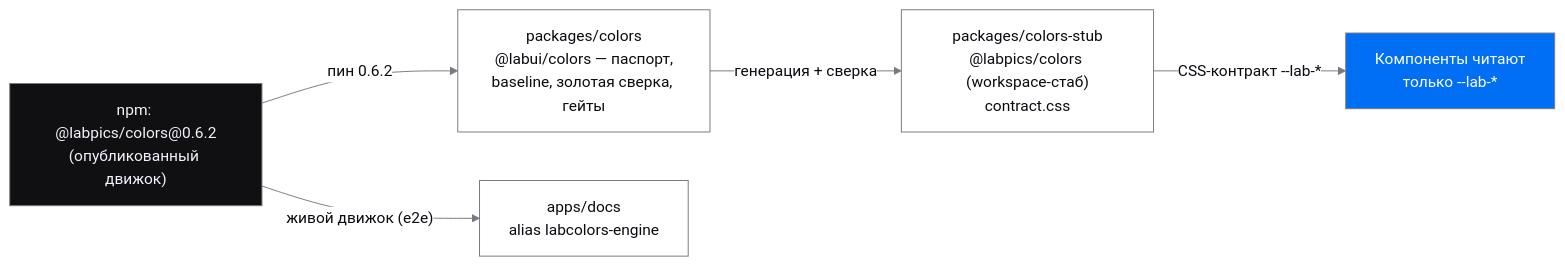
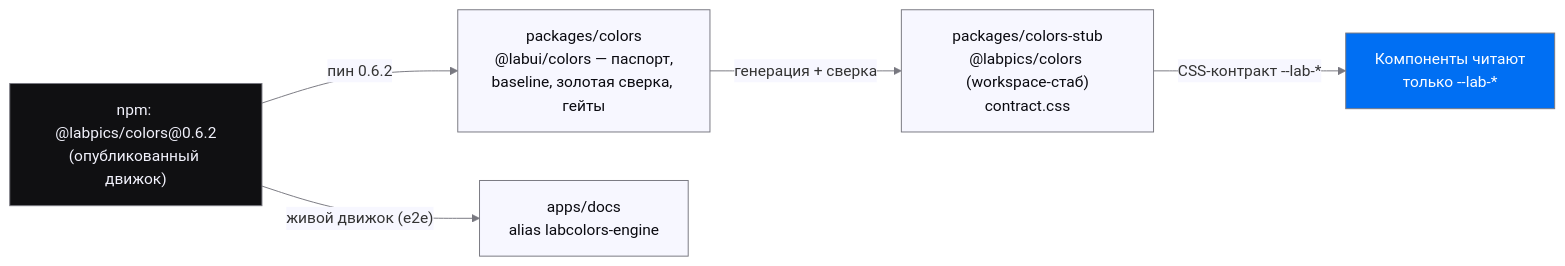
Before and after one commit to Labpics-Team/labui: the second of 2 diagrams in README.md, drawn with Mermaid. The commit also changed other lines of this file, not shown here.

Commit message:
docs(readme): привести mermaid-схемы к канону README-волны (init, classDef node #F7F7FF, edgeLabelBackground #F7F7FF)

````diff
--- a/README.md
+++ b/README.md
@@ -101,23 +103,25 @@
 ```mermaid
-%%{init: {"theme":"base","themeVariables":{
-  "primaryColor":"#FFFFFF","primaryTextColor":"#0A0A10","primaryBorderColor":"#787880",
-  "lineColor":"#787880","textColor":"#787880",
-  "clusterBkg":"transparent","clusterBorder":"#787880",
-  "edgeLabelBackground":"#FFFFFF"}}}%%
+%%{init: {'theme':'base','themeVariables':{
+  'lineColor':'#787880','textColor':'#0A0A10',
+  'edgeLabelBackground':'#F7F7FF',
+  'clusterBkg':'transparent','clusterBorder':'#787880'
+}}}%%
 flowchart LR
   npm["npm: @labpics/colors@0.6.2<br/>(опубликованный движок)"]
   labui["packages/colors<br/>@labui/colors — паспорт,<br/>baseline, золотая сверка, гейты"]
   stub["packages/colors-stub<br/>@labpics/colors (workspace-стаб)<br/>contract.css"]
   docs["apps/docs<br/>alias labcolors-engine"]
   comp["Компоненты читают<br/>только --lab-*"]
 
   npm -- "пин 0.6.2" --> labui
   labui -- "генерация + сверка" --> stub
   stub -- "CSS-контракт --lab-*" --> comp
   npm -- "живой движок (e2e)" --> docs
 
-  classDef tool fill:#101012,stroke:#787880,color:#F2F2FC
-  class npm tool
-  classDef brand fill:#006FF3,stroke:#787880,color:#FCFDFF
-  class comp brand
+  classDef node fill:#F7F7FF,stroke:#787880,color:#0A0A10
+  class labui,stub,docs node
+  classDef dark fill:#101012,stroke:#787880,color:#F2F2FC
+  class npm dark
+  classDef accent fill:#006FF3,stroke:#787880,color:#FCFDFF
+  class comp accent
 ```
````
